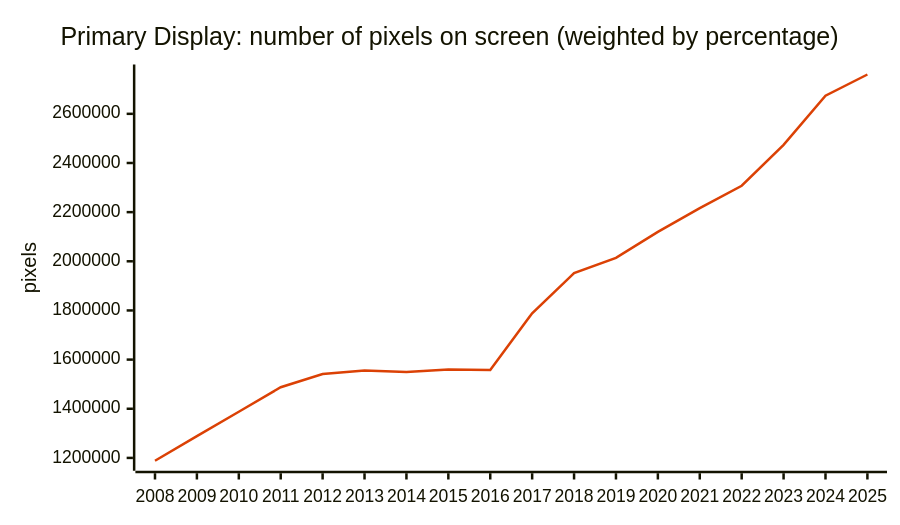
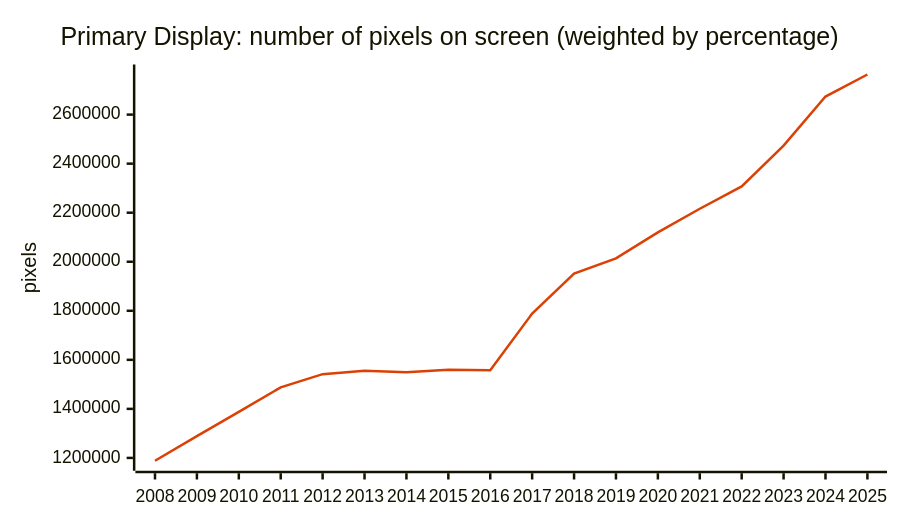
One commit to jdegene/steamHWsurvey changed diagram 12 of 16 in README.md. Above: the diagram before and after it, drawn with Mermaid. The commit also changed other lines of this file and 1 other file, not shown here.

Commit message:
added other platform aspect ratio graphs

````diff
--- a/README.md
+++ b/README.md
@@ -379,19 +391,19 @@
 ```mermaid
 ---
 config:
     xyChart:
         width: 700
         height: 400
         
     themeVariables:
         xyChart:
             plotColorPalette: "#DB4105"
 
 --- 
 
 xychart-beta
     title "Primary Display: number of pixels on screen (weighted by percentage)"
     x-axis [2008, 2009, 2010, 2011, 2012, 2013, 2014, 2015, 2016, 2017, 2018, 2019, 2020, 2021, 2022, 2023, 2024, 2025]
     y-axis "pixels" 
-    line [1188430.8928, 1288926.3533333333, 1387816.4456, 1487587.5584, 1541658.4541874998, 1555539.6754714285, 1549496.4588272728, 1559351.2310333333, 1557359.9222666668, 1788536.702933333, 1951604.4634666666, 2014008.6962666668, 2119798.684, 2216151.314933333, 2307369.4647999997, 2473576.992, 2673738.5261333333, 2760045.62816]
+    line [1188430.8928, 1288926.3533333333, 1387816.4456, 1487587.5584, 1541658.4541874998, 1555539.6754714285, 1549496.4588272728, 1559351.2310333333, 1557359.9222666668, 1788536.702933333, 1951604.4634666666, 2014008.6962666668, 2119798.684, 2216151.314933333, 2307369.4647999997, 2473576.992, 2673738.5261333333, 2763570.6141333333]
 ``` 
````
